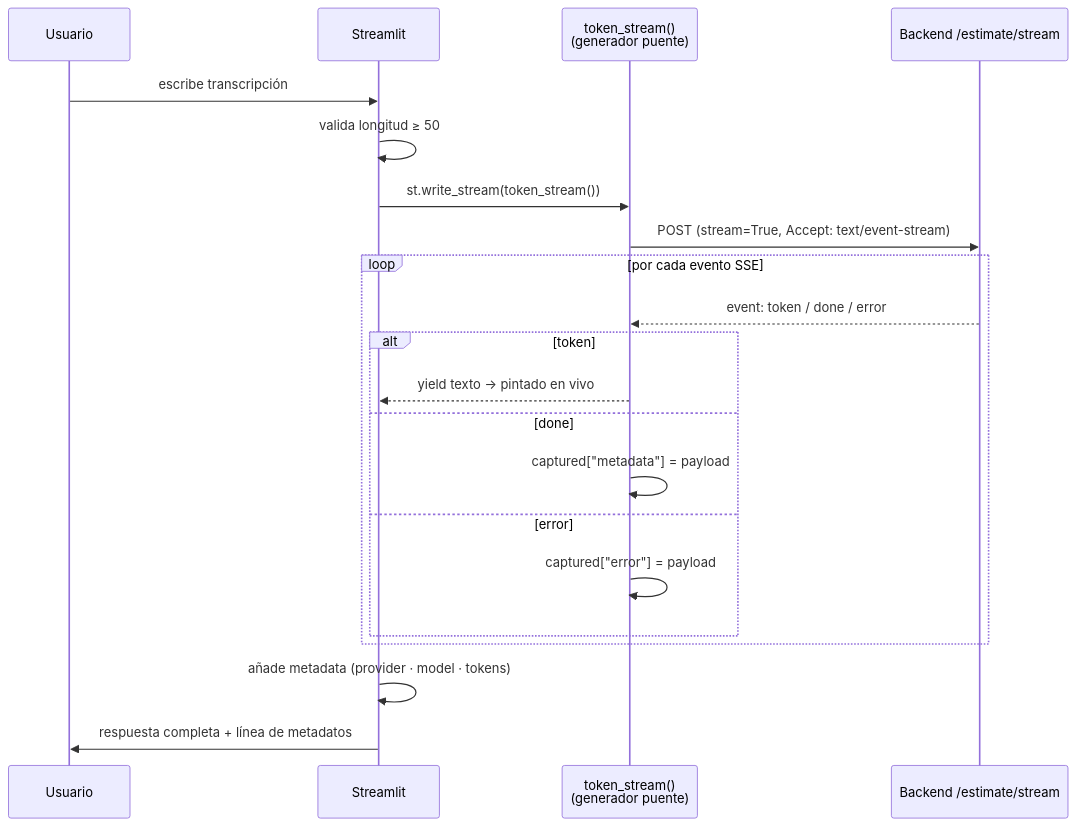
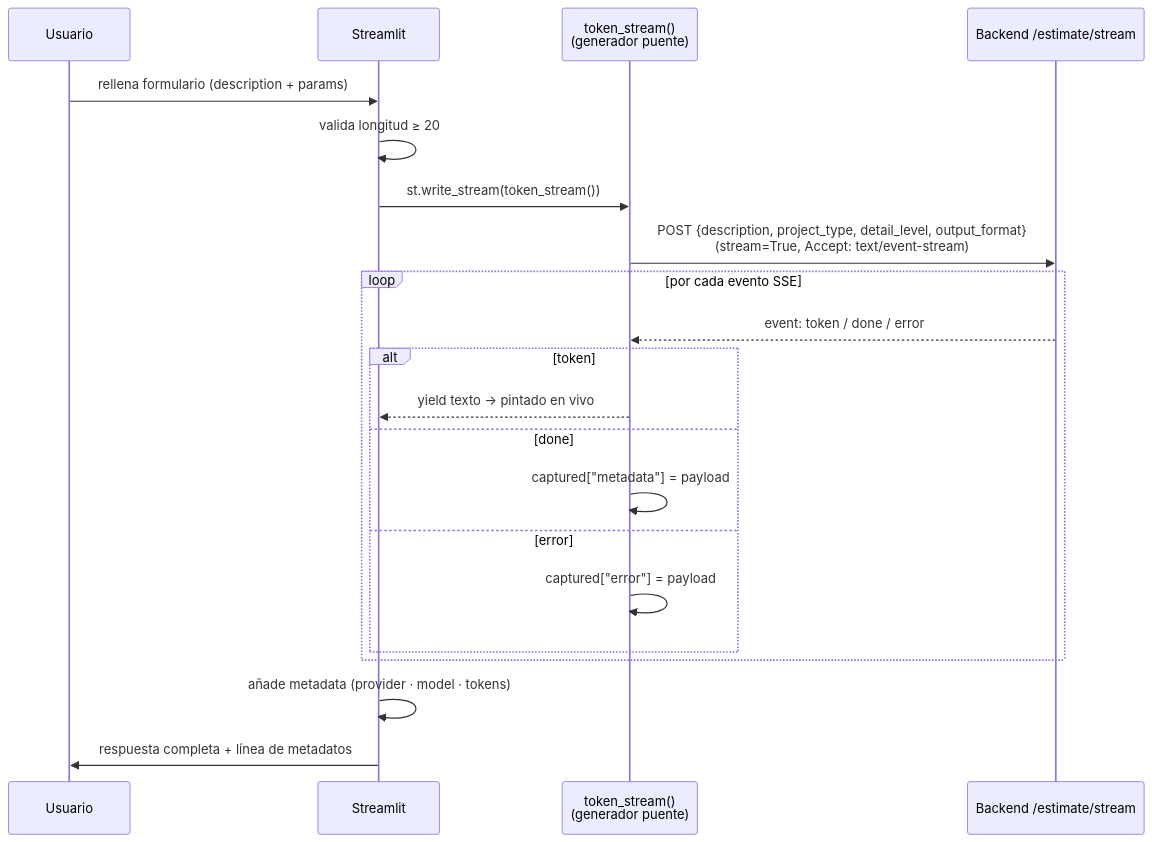
The second of 11 diagrams in ARCHITECTURE.md (salvalcaraz080/LIDR-RAG-master), drawn with Mermaid before and after one commit. The commit also changed other lines of this file and 2 other files, not shown here.

````diff
--- a/ARCHITECTURE.md
+++ b/ARCHITECTURE.md
@@ -136,24 +139,24 @@
 ```mermaid
 sequenceDiagram
     participant U as Usuario
     participant S as Streamlit
     participant G as token_stream()<br/>(generador puente)
     participant B as Backend /estimate/stream
 
-    U->>S: escribe transcripción
-    S->>S: valida longitud ≥ 50
+    U->>S: rellena formulario (description + params)
+    S->>S: valida longitud ≥ 20
     S->>G: st.write_stream(token_stream())
-    G->>B: POST (stream=True, Accept: text/event-stream)
+    G->>B: POST {description, project_type, detail_level, output_format}<br/>(stream=True, Accept: text/event-stream)
     loop por cada evento SSE
         B-->>G: event: token / done / error
         alt token
             G-->>S: yield texto  → pintado en vivo
         else done
             G->>G: captured["metadata"] = payload
         else error
             G->>G: captured["error"] = payload
         end
     end
     S->>S: añade metadata (provider · model · tokens)
     S->>U: respuesta completa + línea de metadatos
 ```
````
